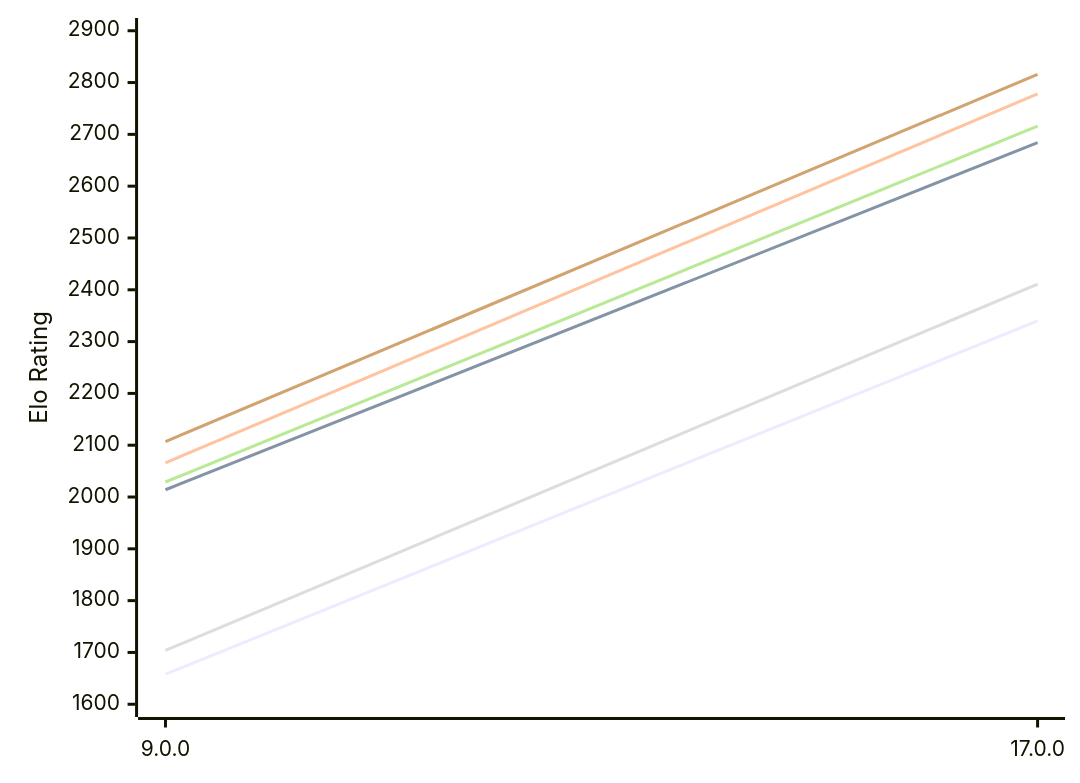
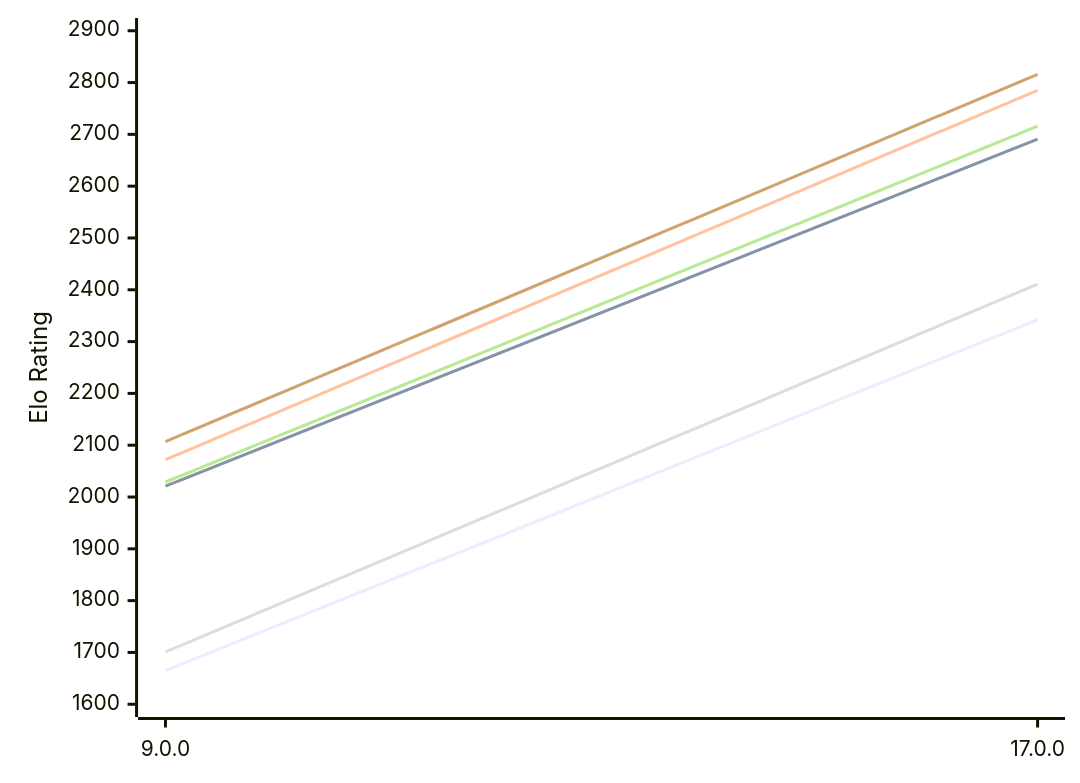
One commit to computer-chess-index/cci changed the first of 2 diagrams in engines/Cepimetheus.md. Above: the diagram before and after it, drawn with Mermaid. The commit also changed other lines of this file, not shown here.

Commit message:
Update CCI Ratings (ELO VLTC) - 2026-11-10

````diff
--- a/engines/Cepimetheus.md
+++ b/engines/Cepimetheus.md
@@ -62,12 +62,12 @@
 ```mermaid
 %%{init: {"theme":"base","themeVariables":{"seriesColors:['#a3a3a3','#222221','#faa371']}}}%%
 xychart-beta
   x-axis ["9.0.0", "17.0.0"]
   y-axis "Elo Rating" 1600 --> 2900
-  line "E1: STC (8.0+0.08s)" [1658, 2340]
-  line "E1: LTC (60.0+0.60s)" [2014, 2684]
-  line "E1: VLTC (2m24s+1.12s)" [2066, 2778]
-  line "P1: STC (8.0+0.08s)" [1704, 2411]
+  line "E1: STC (8.0+0.08s)" [1665, 2342]
+  line "E1: LTC (60.0+0.60s)" [2021, 2691]
+  line "E1: VLTC (2m24s+1.12s)" [2072, 2785]
+  line "P1: STC (8.0+0.08s)" [1701, 2411]
   line "P1: LTC (60.0+0.60s)" [2029, 2716]
   line "P1: VLTC (2m24s+1.12s)" [2107, 2816]
 ```
````
